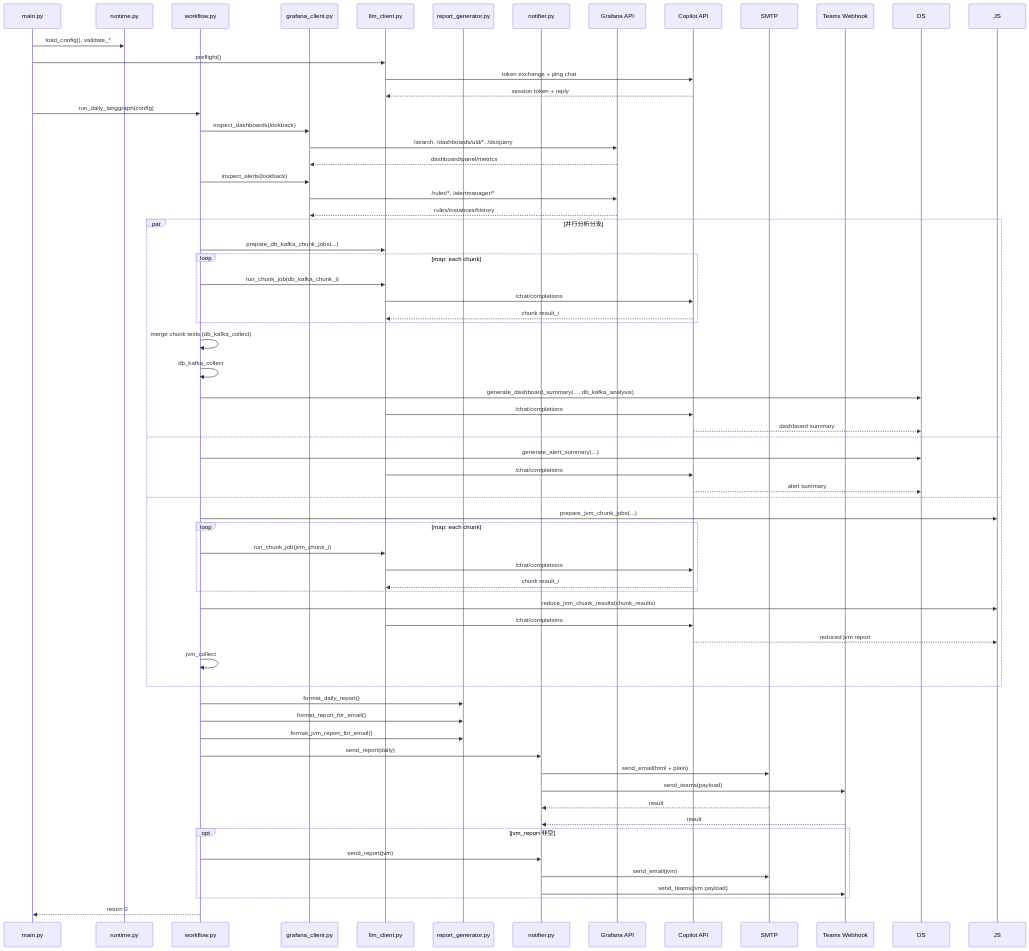
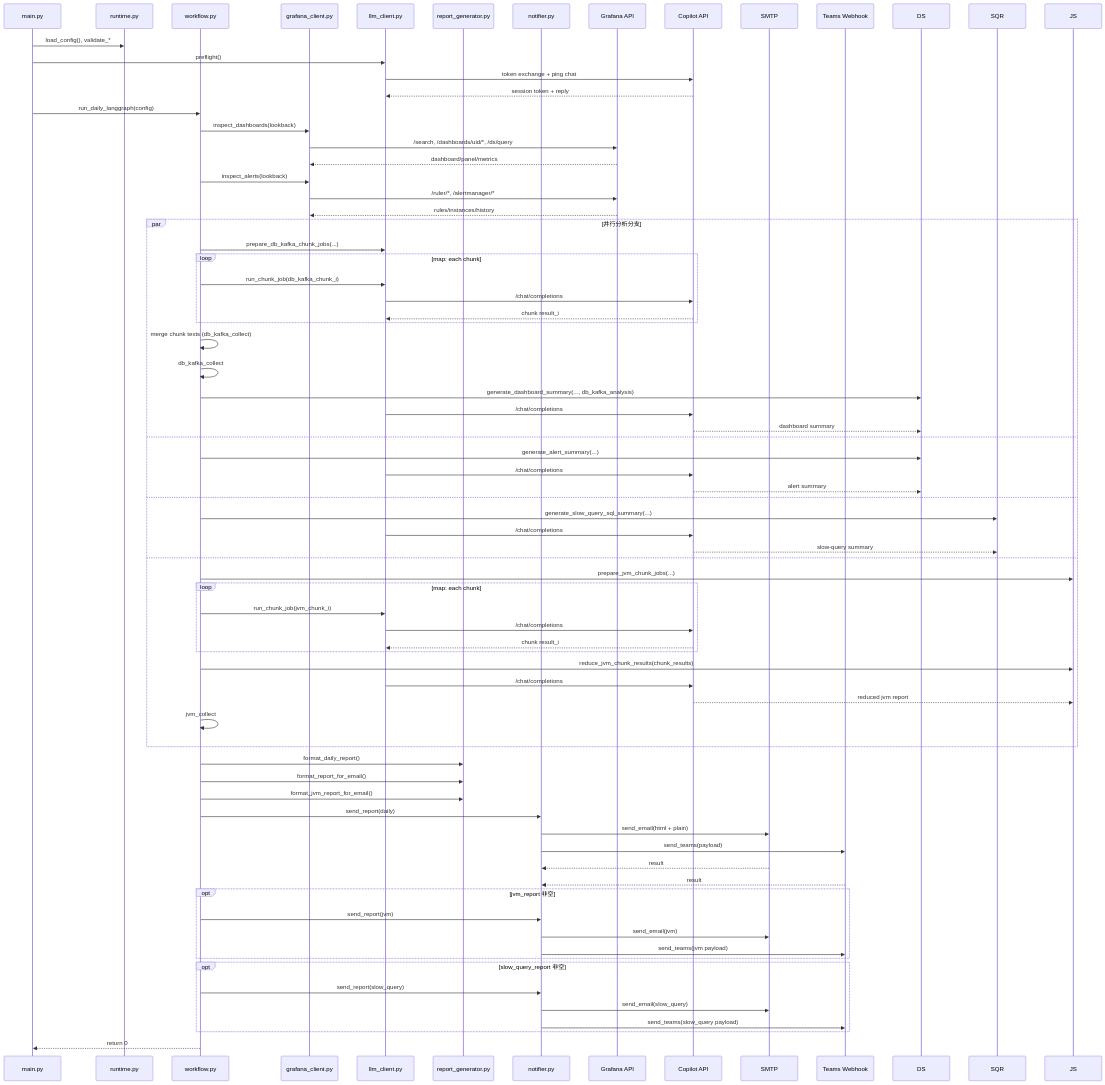
The third of 4 diagrams in docs/ARCHITECTURE.zh-CN.md (gengjie/grafana-inspection-agent), drawn with Mermaid before and after one commit. The commit also changed other lines of this file and 7 other files, not shown here.

Commit message:
add slow query report

````diff
--- a/docs/ARCHITECTURE.zh-CN.md
+++ b/docs/ARCHITECTURE.zh-CN.md
@@ -180,6 +185,10 @@
       LLM->>ExtC: /chat/completions
       ExtC-->>DS: alert summary
     and
+      WF->>SQR: generate_slow_query_sql_summary(...)
+      LLM->>ExtC: /chat/completions
+      ExtC-->>SQR: slow-query summary
+    and
       WF->>JS: prepare_jvm_chunk_jobs(...)
       loop map: each chunk
         WF->>LLM: run_chunk_job(jvm_chunk_i)
@@ -208,5 +217,11 @@
         N->>Teams: send_teams(jvm payload)
     end
 
+    opt slow_query_report 非空
+      WF->>N: send_report(slow_query)
+      N->>SMTP: send_email(slow_query)
+      N->>Teams: send_teams(slow_query payload)
+    end
+
     WF-->>CLI: return 0
 ```
````
